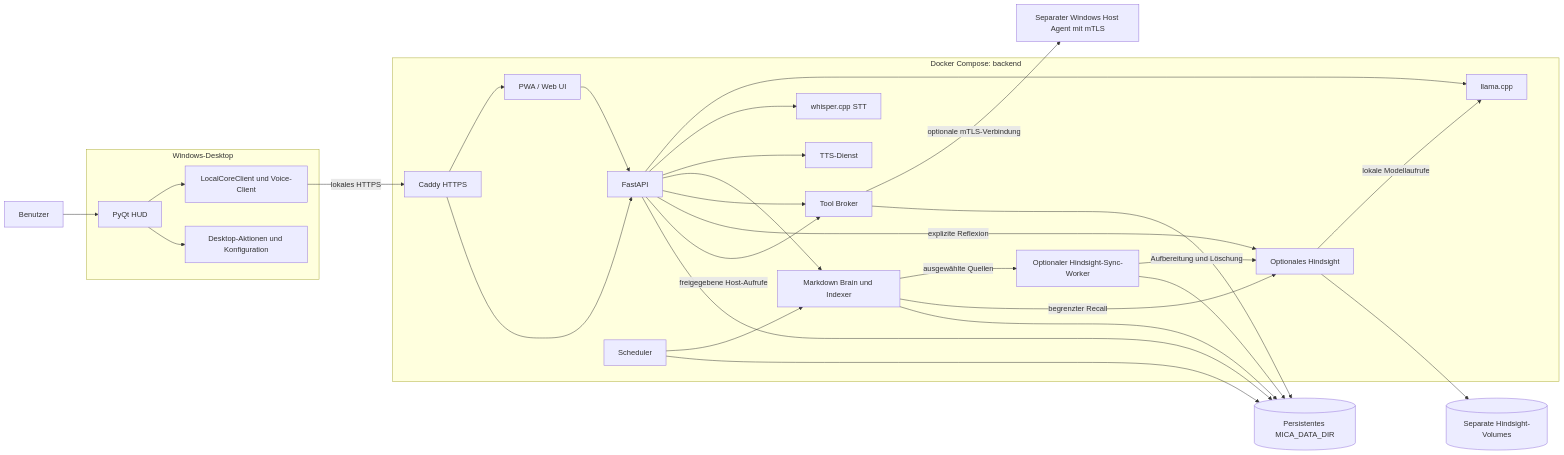
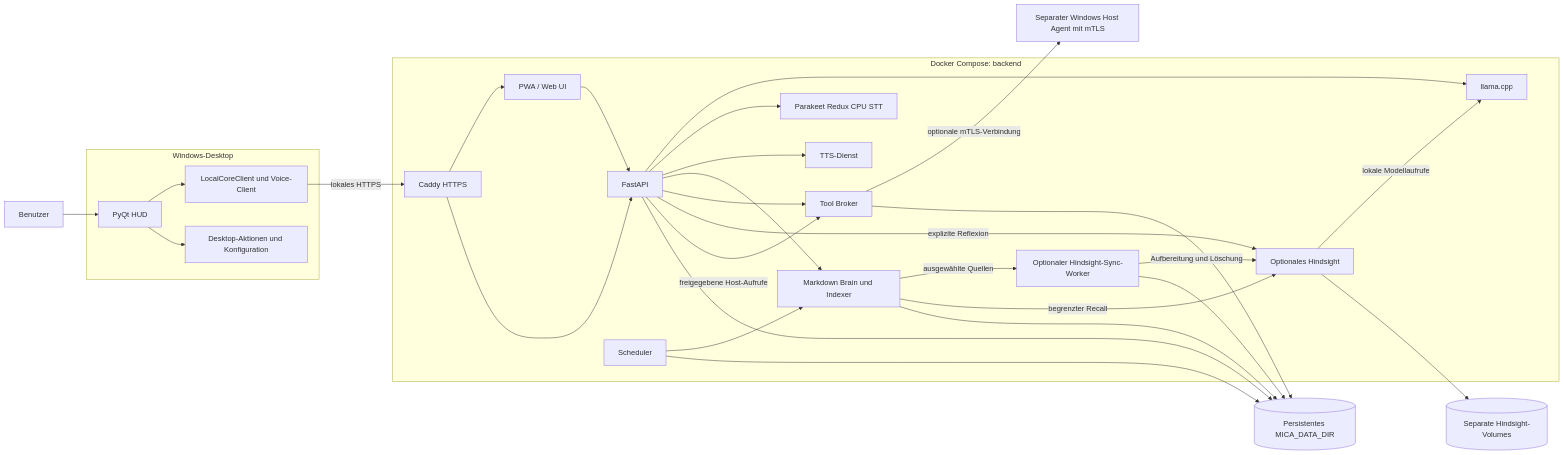
One commit to Koch-Nico1312/Mica-v2 changed the diagram in docs/Architektur.md. Above: the diagram before and after it, drawn with Mermaid. The commit also changed 43 other files, not shown here.

First line of the commit message:
Add Parakeet Redux STT service and comprehensive evolution tests

````diff
--- a/docs/Architektur.md
+++ b/docs/Architektur.md
@@ -10,51 +10,51 @@
 ```mermaid
 flowchart LR
     USER[Benutzer]
     subgraph DESKTOP[Windows-Desktop]
         UI[PyQt HUD]
         CLIENT[LocalCoreClient und Voice-Client]
         ACTIONS[Desktop-Aktionen und Konfiguration]
         UI --> CLIENT
         UI --> ACTIONS
     end
     subgraph STACK[Docker Compose: backend]
         PROXY[Caddy HTTPS]
         WEB[PWA / Web UI]
         API[FastAPI]
         LLM[llama.cpp]
-        STT[whisper.cpp STT]
+        STT[Parakeet Redux CPU STT]
         TTS[TTS-Dienst]
         BRAIN[Markdown Brain und Indexer]
         SYNC[Optionaler Hindsight-Sync-Worker]
         MEMORY[Optionales Hindsight]
         BROKER[Tool Broker]
         SCHED[Scheduler]
         PROXY --> WEB
         PROXY --> API
         WEB --> API
         API --> LLM
         API --> STT
         API --> TTS
         API --> BRAIN
         API --> BROKER
         SCHED --> BRAIN
         BRAIN -->|ausgewählte Quellen| SYNC
         SYNC -->|Aufbereitung und Löschung| MEMORY
         BRAIN -->|begrenzter Recall| MEMORY
         API -->|explizite Reflexion| MEMORY
         MEMORY -->|lokale Modellaufrufe| LLM
     end
     HOST[Separater Windows Host Agent mit mTLS]
     STATE[(Persistentes MICA_DATA_DIR)]
     MEMORYSTATE[(Separate Hindsight-Volumes)]
     USER --> UI
     CLIENT -->|lokales HTTPS| PROXY
     API -->|freigegebene Host-Aufrufe| BROKER
     BROKER -->|optionale mTLS-Verbindung| HOST
     API --> STATE
     BRAIN --> STATE
     BROKER --> STATE
     SCHED --> STATE
     SYNC --> STATE
     MEMORY --> MEMORYSTATE
 ```
````
